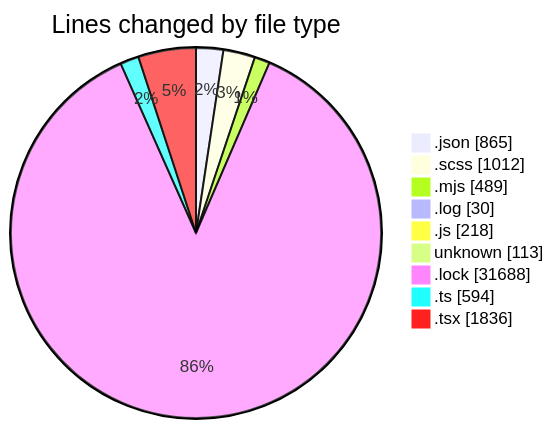
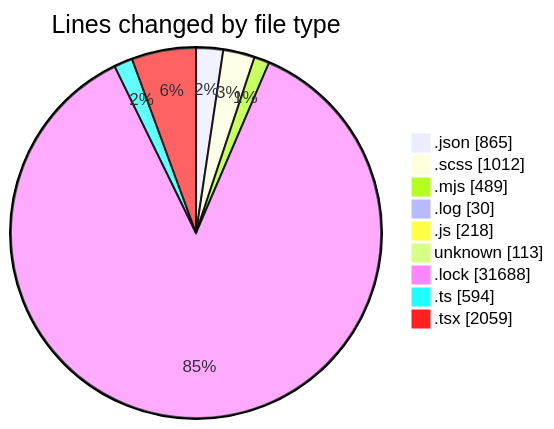
One commit to momahboobian/code-tracking changed the first of 2 diagrams in 2026-08-12/cda/README.md. Above: the diagram before and after it, drawn with Mermaid. The commit also changed other lines of this file and 1 other file, not shown here.

````diff
--- a/2026-08-12/cda/README.md
+++ b/2026-08-12/cda/README.md
@@ -57,13 +59,13 @@
 ```mermaid
 pie showData
 title Lines changed by file type
 ".json" : 865
 ".scss" : 1012
 ".mjs" : 489
 ".log" : 30
 ".js" : 218
 "unknown" : 113
 ".lock" : 31688
 ".ts" : 594
-".tsx" : 1836
+".tsx" : 2059
 ```
````
